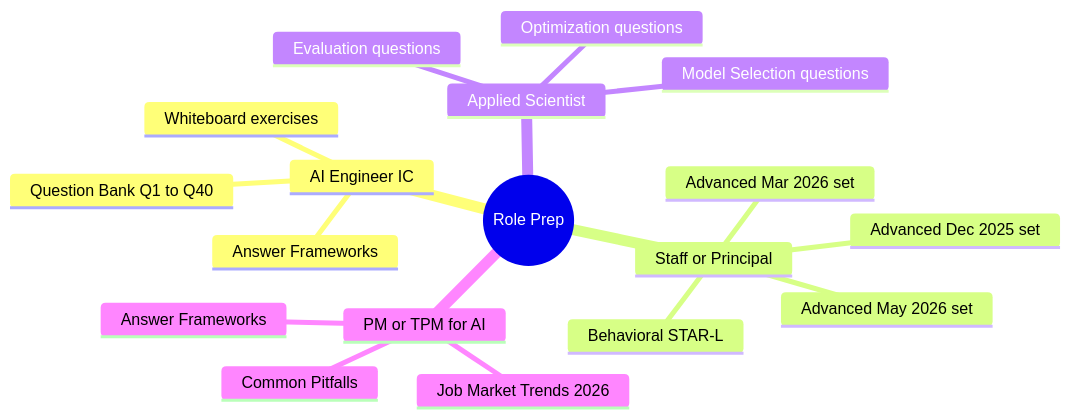
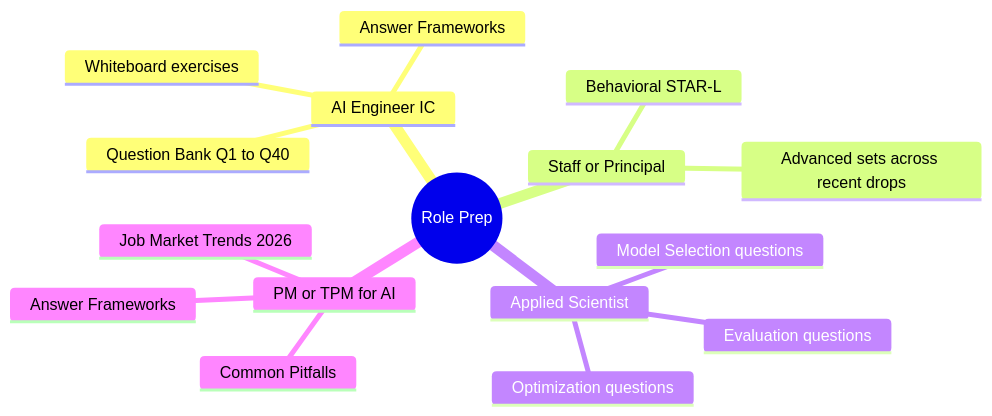
The second of 2 diagrams in 00-interview-prep/README.md (nckhemanth/AI-Engineering), drawn with Mermaid before and after one commit. The commit also changed other lines of this file and 84 other files, not shown here.

First line of the commit message:
docs: refresh dated framing to May 2026 across guides and add FAQ

````diff
--- a/00-interview-prep/README.md
+++ b/00-interview-prep/README.md
@@ -26,21 +26,19 @@
 ```mermaid
 mindmap
   root((Role Prep))
     AI Engineer IC
       Question Bank Q1 to Q40
       Answer Frameworks
       Whiteboard exercises
     Staff or Principal
-      Advanced Dec 2025 set
-      Advanced Mar 2026 set
-      Advanced May 2026 set
+      Advanced sets across recent drops
       Behavioral STAR-L
     Applied Scientist
       Model Selection questions
       Evaluation questions
       Optimization questions
     PM or TPM for AI
       Common Pitfalls
       Job Market Trends 2026
       Answer Frameworks
 ```
````
